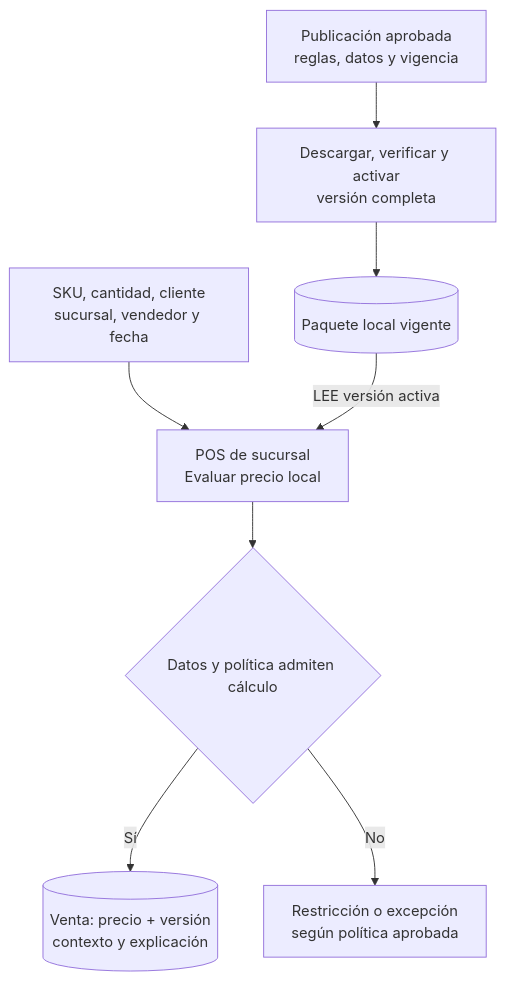
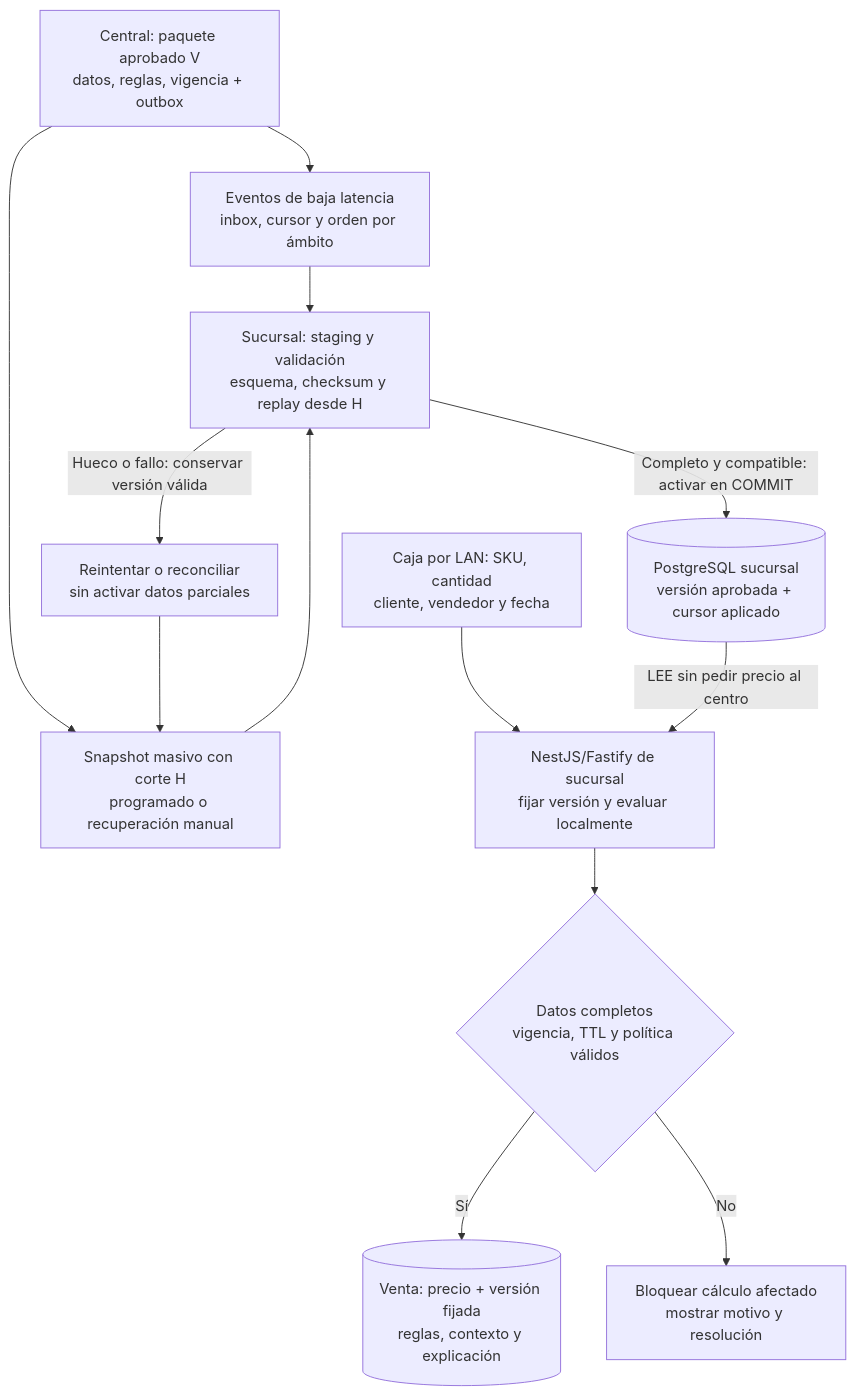
One commit to floxcristian/pos-architecture changed the diagram in presentation/diagrams/operation-price-proposed.mmd. Above: the diagram before and after it, drawn with Mermaid. The commit also changed 70 other files, not shown here.

Commit message:
Publish interactive POS architecture deck and editable C4 diagrams

```diff
--- a/presentation/diagrams/operation-price-proposed.mmd
+++ b/presentation/diagrams/operation-price-proposed.mmd
@@ -1,8 +1,13 @@
 flowchart TB
-  PUBLISH["Publicación aprobada<br/>reglas, datos y vigencia"] --> VERIFY["Descargar, verificar y activar<br/>versión completa"]
-  VERIFY --> LOCAL[("Paquete local vigente")]
-  CONTEXT["SKU, cantidad, cliente<br/>sucursal, vendedor y fecha"] --> ENGINE["POS de sucursal<br/>Evaluar precio local"]
-  LOCAL -->|"LEE versión activa"| ENGINE
-  ENGINE --> RESULT{"Datos y política admiten cálculo"}
-  RESULT -->|"Sí"| SALE[("Venta: precio + versión<br/>contexto y explicación")]
-  RESULT -->|"No"| HOLD["Restricción o excepción<br/>según política aprobada"]
+  PUBLISH["Central: paquete aprobado V<br/>datos, reglas, vigencia + outbox"] --> EVENTS["Eventos de baja latencia<br/>inbox, cursor y orden por ámbito"]
+  PUBLISH --> SNAPSHOT["Snapshot masivo con corte H<br/>programado o recuperación manual"]
+  EVENTS --> STAGE["Sucursal: staging y validación<br/>esquema, checksum y replay desde H"]
+  SNAPSHOT --> STAGE
+  STAGE -->|"Completo y compatible: activar en COMMIT"| LOCAL[("PostgreSQL sucursal<br/>versión aprobada + cursor aplicado")]
+  STAGE -->|"Hueco o fallo: conservar versión válida"| RETRY["Reintentar o reconciliar<br/>sin activar datos parciales"]
+  RETRY --> SNAPSHOT
+  CONTEXT["Caja por LAN: SKU, cantidad<br/>cliente, vendedor y fecha"] --> ENGINE["NestJS/Fastify de sucursal<br/>fijar versión y evaluar localmente"]
+  LOCAL -->|"LEE sin pedir precio al centro"| ENGINE
+  ENGINE --> RESULT{"Datos completos<br/>vigencia, TTL y política válidos"}
+  RESULT -->|"Sí"| SALE[("Venta: precio + versión fijada<br/>reglas, contexto y explicación")]
+  RESULT -->|"No"| HOLD["Bloquear cálculo afectado<br/>mostrar motivo y resolución"]
```
